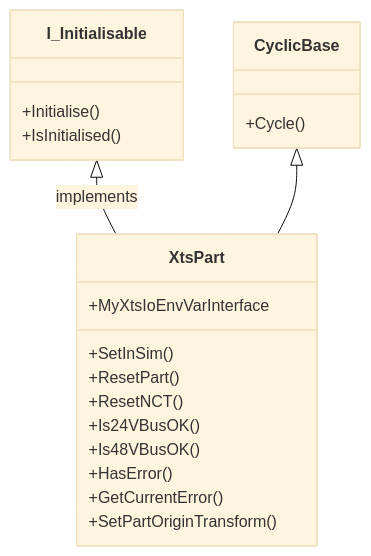
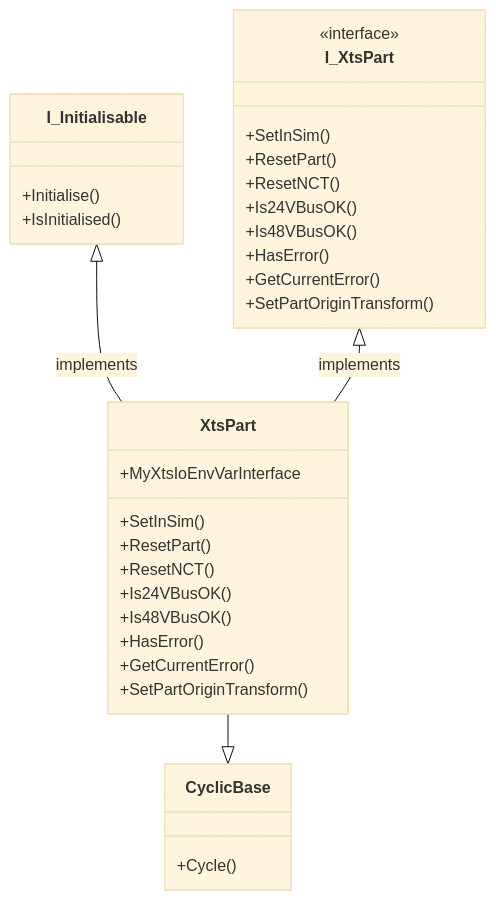
Before and after one commit to chris-k84/Xts_Library: the diagram in docs/docs/Hardware/Part Class.md, drawn with Mermaid (base theme). The commit also changed 2 other files, not shown here.

Commit message:
added the new interfaces to the docus for xtsmotormodule, part and track class

````diff
--- a/docs/docs/Hardware/Part Class.md
+++ b/docs/docs/Hardware/Part Class.md
@@ -7,27 +7,40 @@
 ```mermaid
 
 classDiagram
+    class I_XtsPart{
+        <<interface>>
+        +SetInSim()
+        +ResetPart()
+        +ResetNCT()
+        +Is24VBusOK()
+        +Is48VBusOK()
+        +HasError()
+        +GetCurrentError()
+        +SetPartOriginTransform()
+    }
+
     class XtsPart{
         +SetInSim()
         +ResetPart()
         +ResetNCT()
         +Is24VBusOK()
         +Is48VBusOK()
         +HasError()
         +GetCurrentError()
         +SetPartOriginTransform()
         +MyXtsIoEnvVarInterface
     }
 
     class CyclicBase{
         +Cycle()
     }
 
     class I_Initialisable{
         +Initialise()
         +IsInitialised()
     }
 
     I_Initialisable <|-- XtsPart : implements
-    CyclicBase <|-- XtsPart
+    XtsPart --|> CyclicBase
+    I_XtsPart <|-- XtsPart : implements
 ```
````
